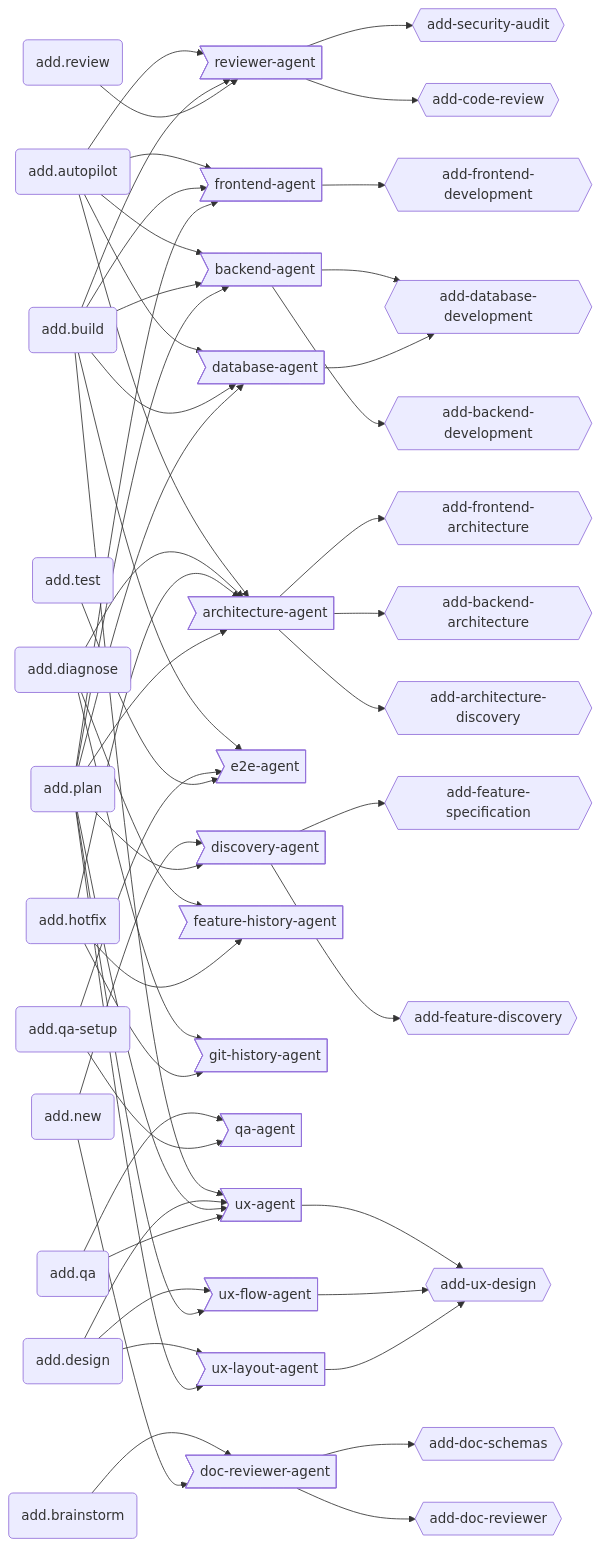
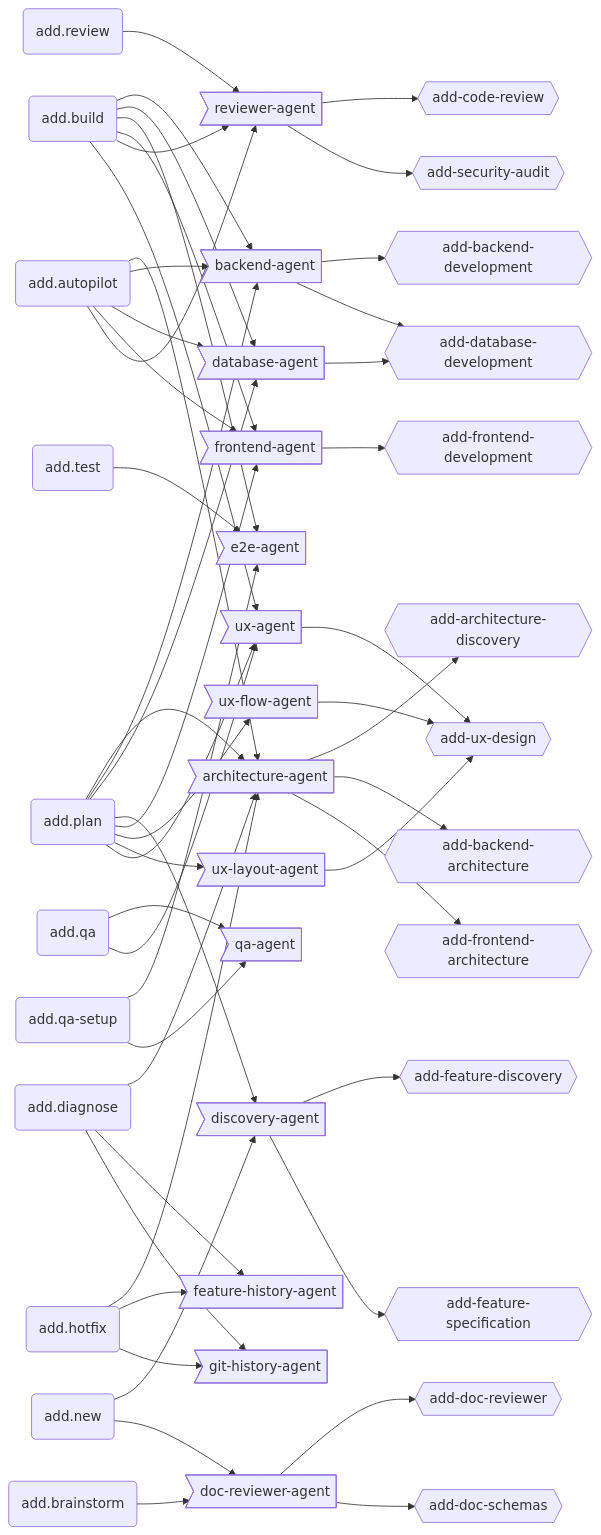
Before and after one commit to brabos-ai/code-addiction: the third of 3 diagrams in ecosystem.md, drawn with Mermaid. The commit also changed other lines of this file and 34 other files, not shown here.

````diff
--- a/ecosystem.md
+++ b/ecosystem.md
@@ -88,68 +86,66 @@
 ```mermaid
 graph LR
   AUTO(add.autopilot)
   BRAINSTORM(add.brainstorm)
   BUILD(add.build)
-  DESIGN(add.design)
   DIAGNOSE(add.diagnose)
   HOTFIX(add.hotfix)
   NEW(add.new)
   PLAN(add.plan)
   QA(add.qa)
   QASETUP(add.qa-setup)
   REVIEW(add.review)
   TEST(add.test)
 
   ARCH>architecture-agent]
   BA>backend-agent]
   DA>database-agent]
   DISCO>discovery-agent]
   DOCR>doc-reviewer-agent]
   E2EA>e2e-agent]
   FA>frontend-agent]
   FHA>feature-history-agent]
   GHA>git-history-agent]
   QAA>qa-agent]
   RA>reviewer-agent]
   UXA>ux-agent]
   UXF>ux-flow-agent]
   UXL>ux-layout-agent]
 
   AD{{add-architecture-discovery}}
   BARCH{{add-backend-architecture}}
   BE{{add-backend-development}}
   CR{{add-code-review}}
   DB{{add-database-development}}
   DR{{add-doc-reviewer}}
   DS{{add-doc-schemas}}
   FD{{add-feature-discovery}}
   FE{{add-frontend-development}}
   FARCH{{add-frontend-architecture}}
   FS{{add-feature-specification}}
   SA{{add-security-audit}}
   UX{{add-ux-design}}
 
   AUTO --> ARCH & BA & DA & FA & RA
   BRAINSTORM --> DOCR
   BUILD --> BA & DA & E2EA & FA & RA & UXA
-  DESIGN --> UXF & UXL & UXA
   DIAGNOSE --> ARCH & FHA & GHA
   HOTFIX --> ARCH & FHA & GHA
   NEW --> DISCO & DOCR
   PLAN --> ARCH & BA & DA & DISCO & FA & UXF & UXL & UXA
   QA --> QAA & UXA
   QASETUP --> E2EA & QAA
   REVIEW --> RA
   TEST --> E2EA
 
   ARCH --> AD & BARCH & FARCH
   BA --> BE & DB
   DA --> DB
   DISCO --> FD & FS
   DOCR --> DR & DS
   FA --> FE
   RA --> CR & SA
   UXA --> UX
   UXF --> UX
   UXL --> UX
 ```
````
